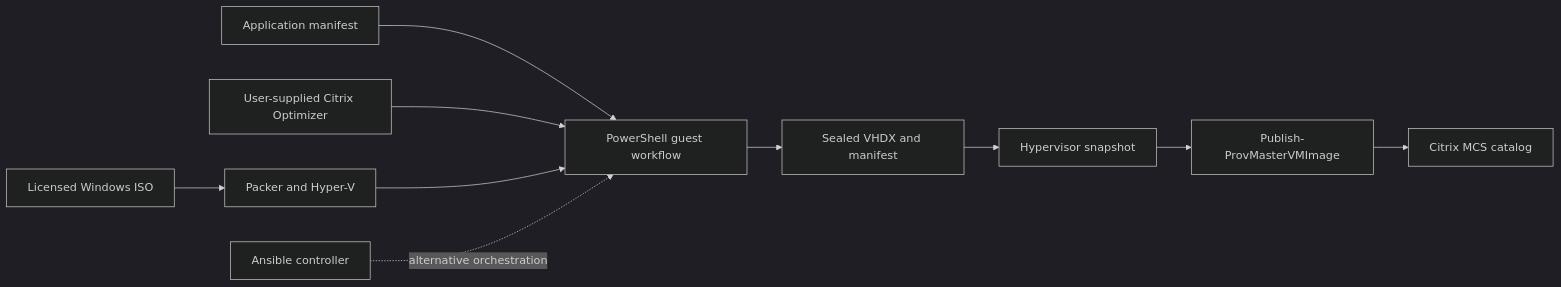
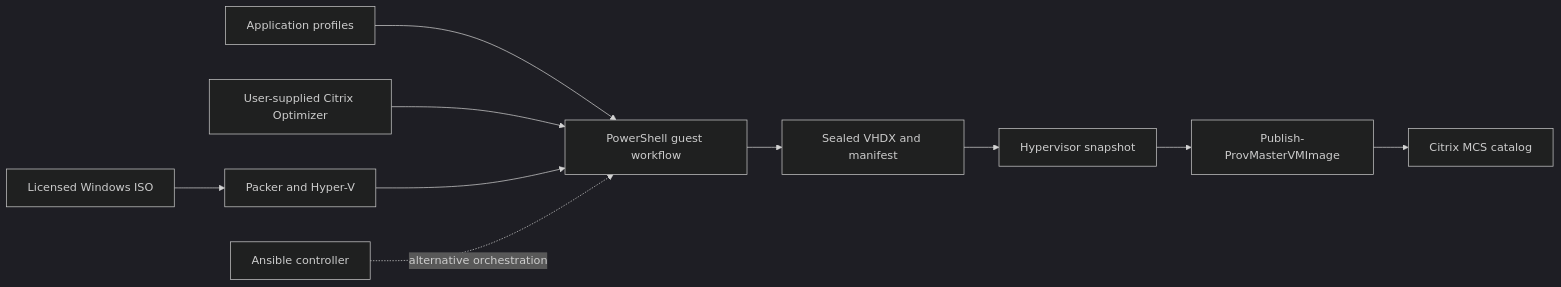
One commit to gandara-dev/vdi-image-factory changed the diagram in docs/diagrams/architecture-overview.mmd. Above: the diagram before and after it, drawn with Mermaid (dark theme). The commit also changed 20 other files, not shown here.

Commit message:
feat: add customizable application profiles

```diff
--- a/docs/diagrams/architecture-overview.mmd
+++ b/docs/diagrams/architecture-overview.mmd
@@ -1,10 +1,10 @@
 graph LR
     A["Licensed Windows ISO"] --> D["Packer and Hyper-V"]
-    B["Application manifest"] --> E["PowerShell guest workflow"]
+    B["Application profiles"] --> E["PowerShell guest workflow"]
     C["User-supplied Citrix Optimizer"] --> E
     D --> E
     F["Ansible controller"] -. alternative orchestration .-> E
     E --> G["Sealed VHDX and manifest"]
     G --> H["Hypervisor snapshot"]
     H --> I["Publish-ProvMasterVMImage"]
     I --> J["Citrix MCS catalog"]
```
